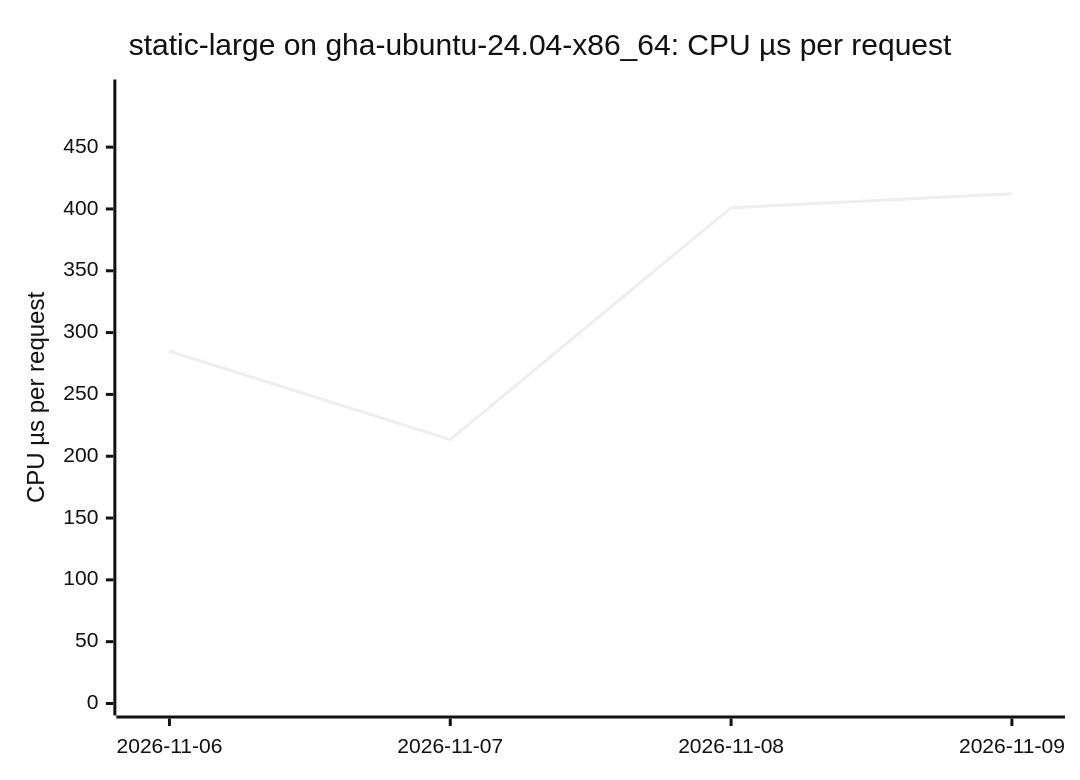
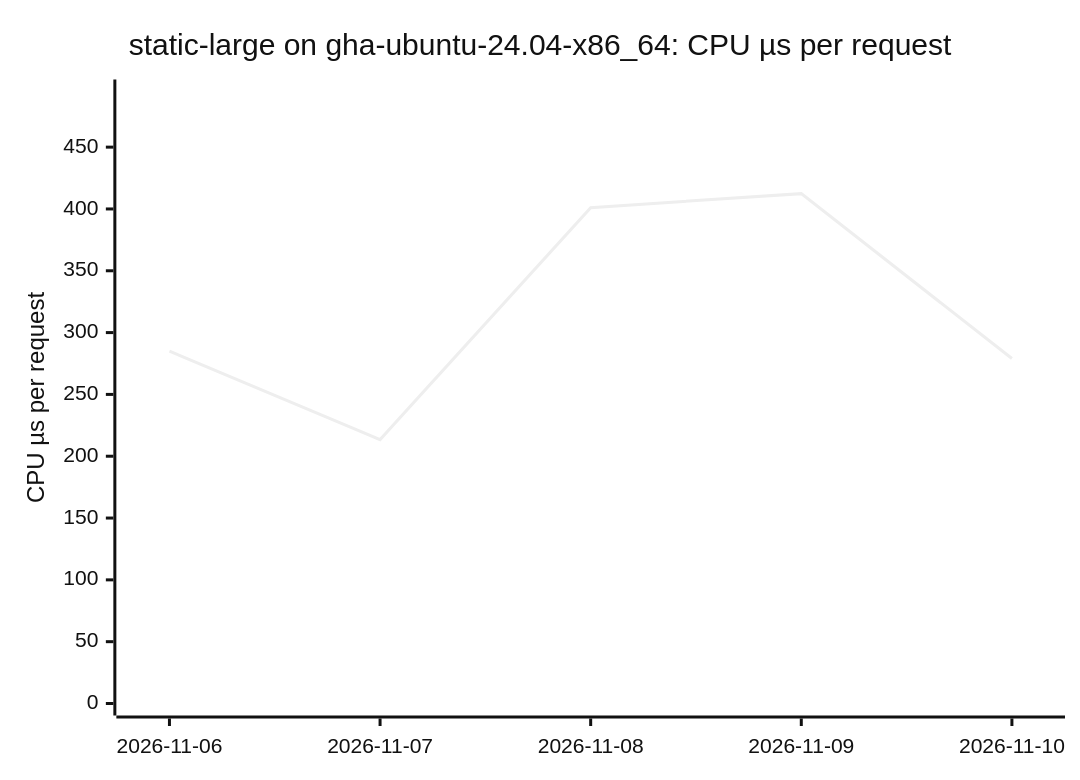
Before and after one commit to ThePixelPilgrim/durchlauferhitzer: the second of 18 diagrams in BENCHMARKS.md, drawn with Mermaid (neutral theme). The commit also changed other lines of this file and 1 other file, not shown here.

````diff
--- a/BENCHMARKS.md
+++ b/BENCHMARKS.md
@@ -36,7 +36,7 @@
 ```mermaid
 xychart-beta
   title "static-large on gha-ubuntu-24.04-x86_64: CPU µs per request"
-  x-axis ["2026-11-06", "2026-11-07", "2026-11-08", "2026-11-09"]
+  x-axis ["2026-11-06", "2026-11-07", "2026-11-08", "2026-11-09", "2026-11-10"]
   y-axis "CPU µs per request" 0 --> 495
-  line [284.94, 213.45, 401.07, 412.38]
+  line [284.94, 213.45, 401.07, 412.38, 279.07]
 ```
````
